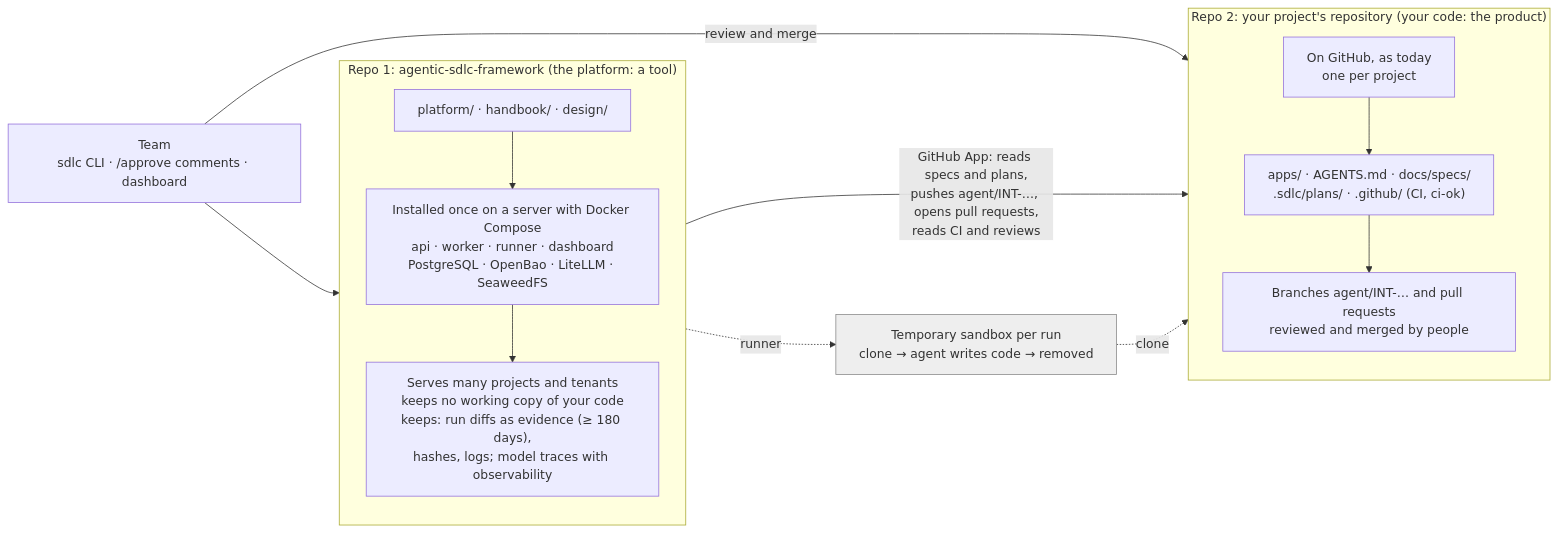
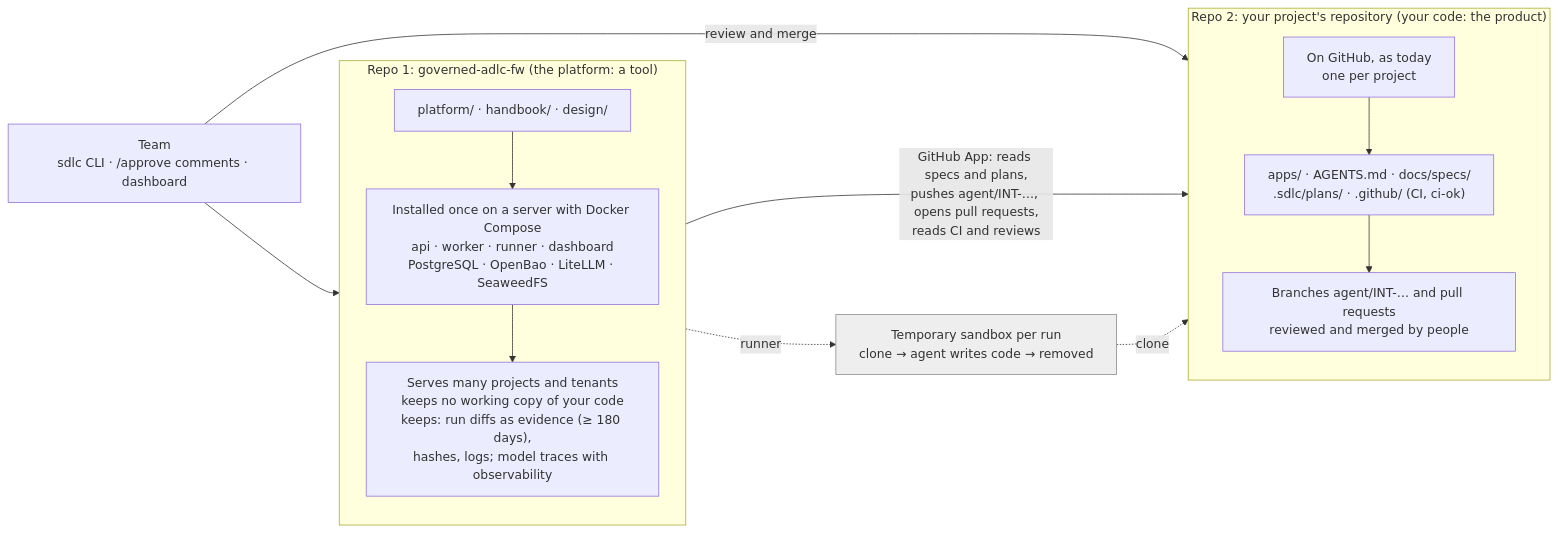
One commit to hoanghainh1188/agentic-sdlc-framework changed the diagram in diagrams/src/d14-two-repositories.mmd. Above: the diagram before and after it, drawn with Mermaid. The commit also changed 31 other files, not shown here.

First line of the commit message:
chore: rename the repository to governed-adlc-fw (ADR-M99) (#468)

```diff
--- a/diagrams/src/d14-two-repositories.mmd
+++ b/diagrams/src/d14-two-repositories.mmd
@@ -1,26 +1,26 @@
 %%{init: {"flowchart": {"wrappingWidth": 320}}}%%
 flowchart LR
     T["Team<br/>sdlc CLI · /approve comments · dashboard"]
-    subgraph R1["Repo 1: agentic-sdlc-framework (the platform: a tool)"]
+    subgraph R1["Repo 1: governed-adlc-fw (the platform: a tool)"]
         direction TB
         P1["platform/ · handbook/ · design/"]
         P2["Installed once on a server with Docker Compose<br/>api · worker · runner · dashboard<br/>PostgreSQL · OpenBao · LiteLLM · SeaweedFS"]
         P3["Serves many projects and tenants<br/>keeps no working copy of your code<br/>keeps: run diffs as evidence (≥ 180 days),<br/>hashes, logs; model traces with observability"]
         P1 --> P2 --> P3
     end
     subgraph R2["Repo 2: your project's repository (your code: the product)"]
         direction TB
         A1["On GitHub, as today<br/>one per project"]
         A2["apps/ · AGENTS.md · docs/specs/<br/>.sdlc/plans/ · .github/ (CI, ci-ok)"]
         A3["Branches agent/INT-… and pull requests<br/>reviewed and merged by people"]
         A1 --> A2 --> A3
     end
     SB["Temporary sandbox per run<br/>clone → agent writes code → removed"]
     T --> R1
     T -- "review and merge" --> R2
     R1 -- "GitHub App: reads specs and plans,<br/>pushes agent/INT-…, opens pull requests,<br/>reads CI and reviews" --> R2
     R1 -. "runner" .-> SB
     SB -. "clone" .-> R2
     classDef note fill:#fff8d6,stroke:#c9a400,stroke-dasharray: 4 3;
     classDef ai fill:#eeeeee,stroke:#888888;
     class SB ai;
```
